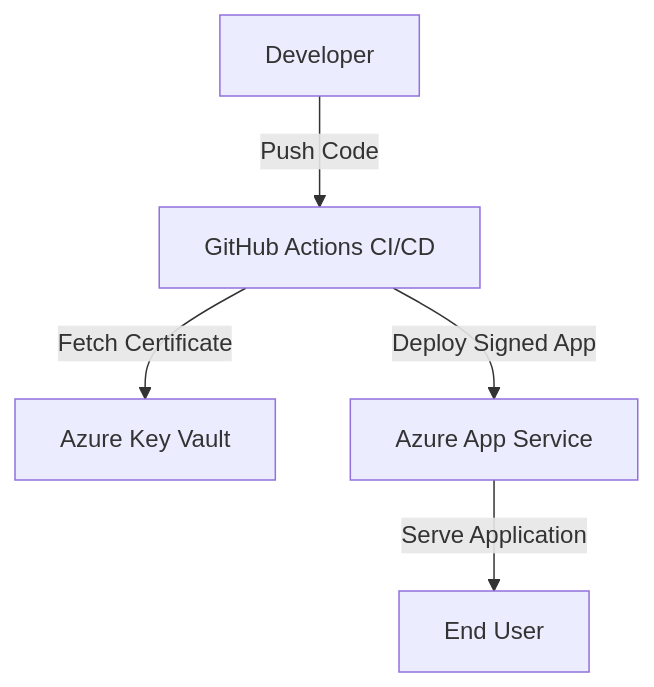
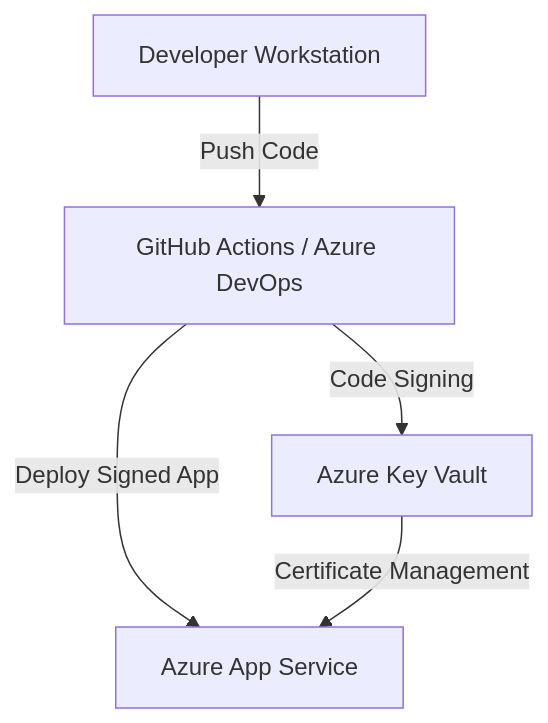
The diagram in README.md (seligj95/sample-best-practices-ensuring-security-with-azure-app-servi), drawn with Mermaid before and after one commit. The commit also changed other lines of this file, not shown here.

````diff
--- a/README.md
+++ b/README.md
@@ -7,7 +7,7 @@
 ```mermaid
 graph TD
-    A[Developer] -->|Push Code| B[GitHub Actions CI/CD]
-    B -->|Fetch Certificate| C[Azure Key Vault]
+    A[Developer Workstation] -->|Push Code| B[GitHub Actions / Azure DevOps]
+    B -->|Code Signing| C[Azure Key Vault]
     B -->|Deploy Signed App| D[Azure App Service]
-    D -->|Serve Application| E[End User]
+    C -->|Certificate Management| D
 ```
````
